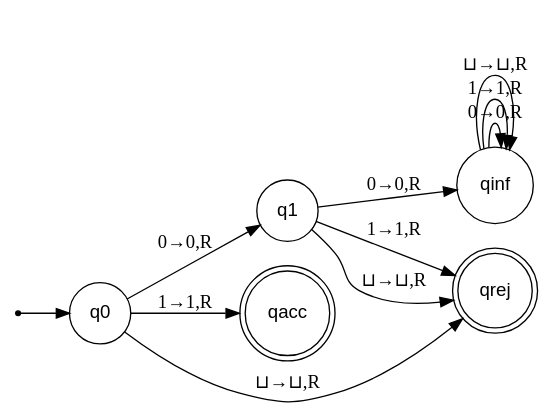
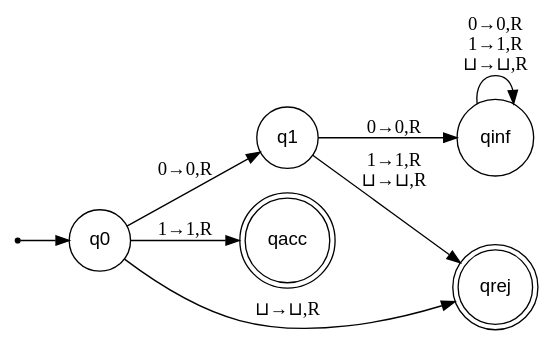
Before and after one commit to Dcextrim/MM3032-Parcial-4: the diagram in MT1/mt_diagrama.dot, drawn with Graphviz. The commit also changed 16 other files, not shown here.

```diff
--- a/MT1/mt_diagrama.dot
+++ b/MT1/mt_diagrama.dot
@@ -1,25 +1,19 @@
-
 digraph MT {
   rankdir=LR;
   node [shape = circle, fontname="Helvetica"];
 
   q0 [label="q0"];
   q1 [label="q1"];
+  qacc [shape=doublecircle, label="qacc"];
   qinf [label="qinf"];
-  qacc [shape=doublecircle, label="qacc"];
   qrej [shape=doublecircle, label="qrej"];
 
   start [shape=point]; start -> q0;
 
+  q0 -> q1 [label="0→0,R"];
   q0 -> qacc [label="1→1,R"];
-  q0 -> q1   [label="0→0,R"];
   q0 -> qrej [label="⊔→⊔,R"];
-
   q1 -> qinf [label="0→0,R"];
-  q1 -> qrej [label="1→1,R"];
-  q1 -> qrej [label="⊔→⊔,R"];
-
-  qinf -> qinf [label="0→0,R"];
-  qinf -> qinf [label="1→1,R"];
-  qinf -> qinf [label="⊔→⊔,R"];
+  q1 -> qrej [label="1→1,R\n⊔→⊔,R"];
+  qinf -> qinf [label="0→0,R\n1→1,R\n⊔→⊔,R"];
 }
```
